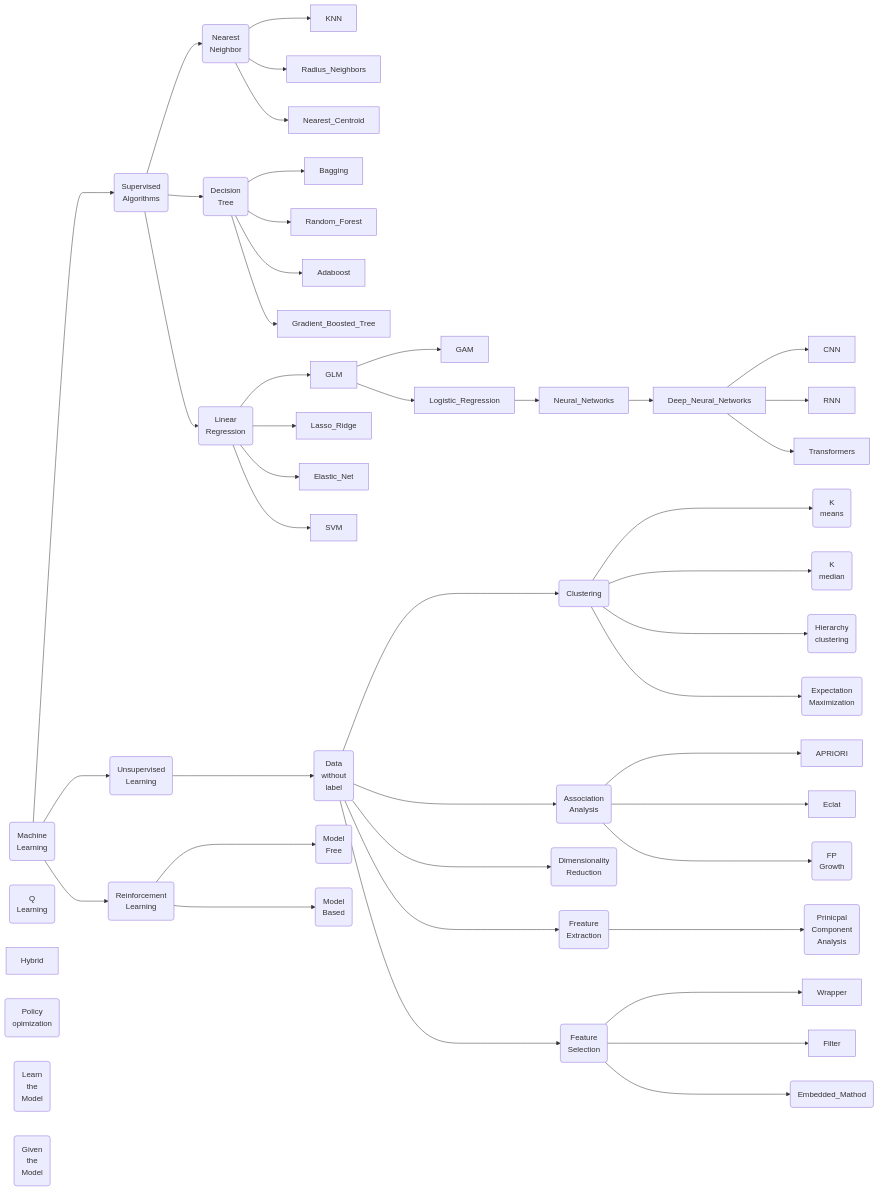
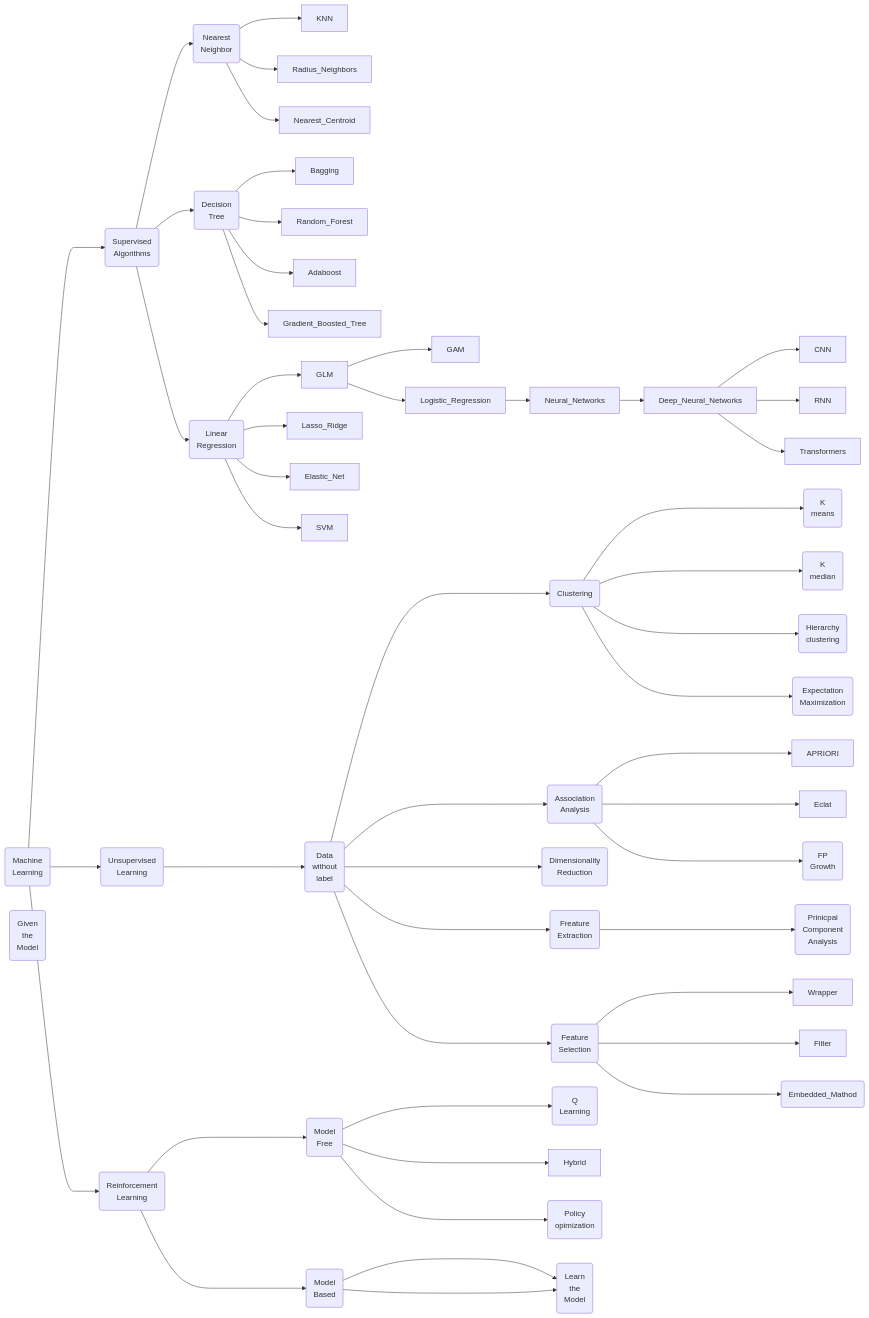
One commit to hwetsman/Public_Notes changed the diagram in ML_Tree.md. Above: the diagram before and after it, drawn with Mermaid.

Commit message:
Refactor: add links to reinforcement

```diff
--- a/ML_Tree.md
+++ b/ML_Tree.md
@@ -70,12 +70,17 @@
       Model(Model<br>Free)
         Reinforcement--->Model
         Q(Q<br>Learning)
+          Model--->Q
         Hybrid
+          Model--->Hybrid
         Policy(Policy<br>opimization)
+          Model--->Policy
       Based(Model<br>Based)
         Reinforcement--->Based
         Learn(Learn<br>the<br>Model)
+          Based--->Learn
         Given(Given<br>the<br>Model)
+          Based--->Learn
       
 
 
```
